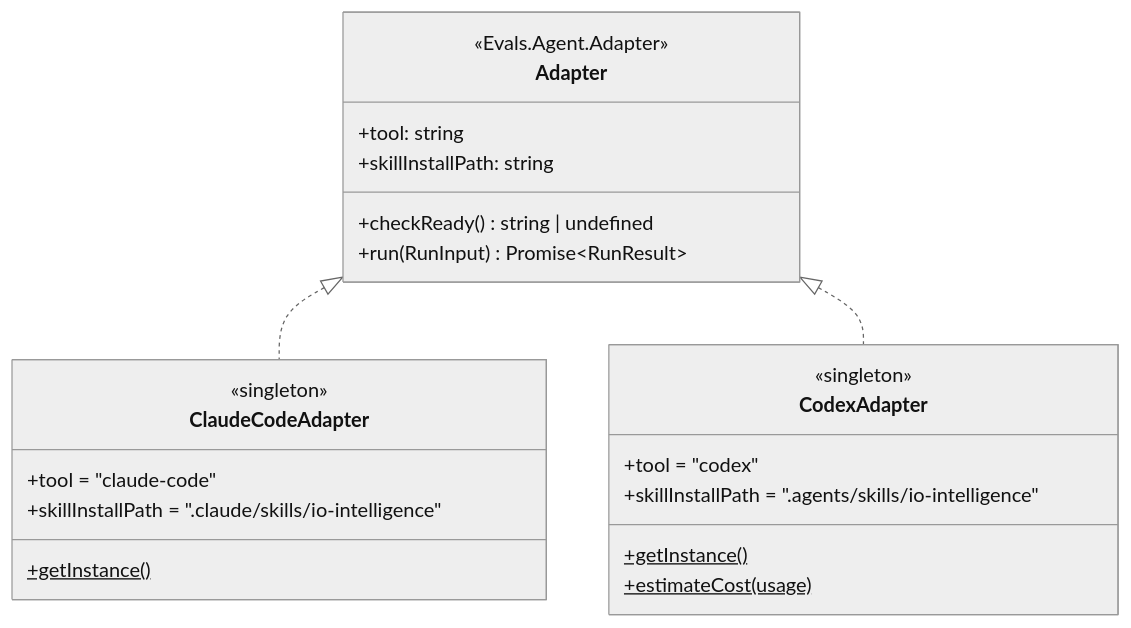
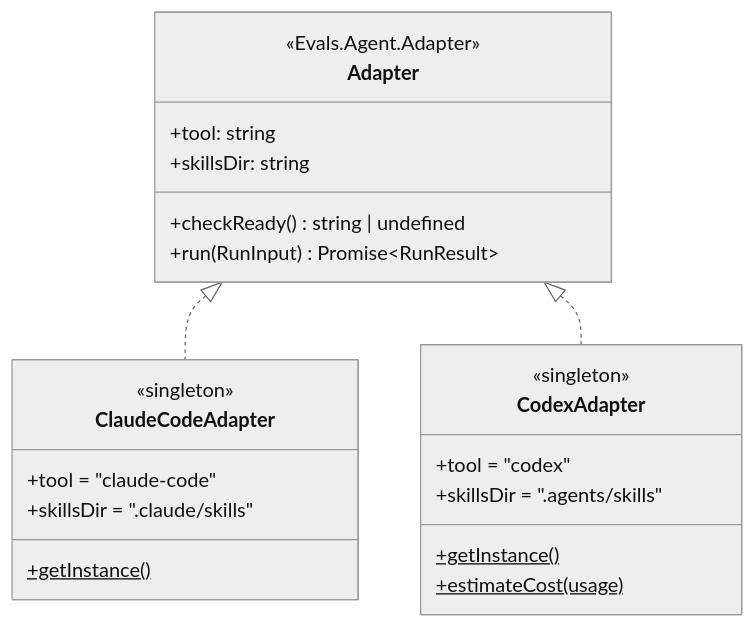
Before and after one commit to InteropIO/iointel-dev-kit: the fourth of 8 diagrams in evals/README.md, drawn with Mermaid (neutral theme). The commit also changed other lines of this file and 17 other files, not shown here.

````diff
--- a/evals/README.md
+++ b/evals/README.md
@@ -294,25 +298,25 @@
 ```mermaid
 classDiagram
     class Adapter {
         <<Evals.Agent.Adapter>>
         +tool: string
-        +skillInstallPath: string
+        +skillsDir: string
         +checkReady() string | undefined
         +run(RunInput) Promise~RunResult~
     }
     class ClaudeCodeAdapter {
         <<singleton>>
         +tool = "claude-code"
-        +skillInstallPath = ".claude/skills/io-intelligence"
+        +skillsDir = ".claude/skills"
         +getInstance()$
     }
     class CodexAdapter {
         <<singleton>>
         +tool = "codex"
-        +skillInstallPath = ".agents/skills/io-intelligence"
+        +skillsDir = ".agents/skills"
         +getInstance()$
         +estimateCost(usage)$
     }
     Adapter <|.. ClaudeCodeAdapter
     Adapter <|.. CodexAdapter
 ```
````
